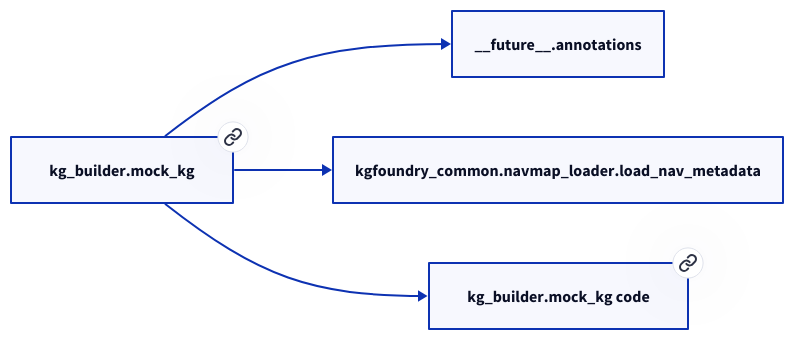
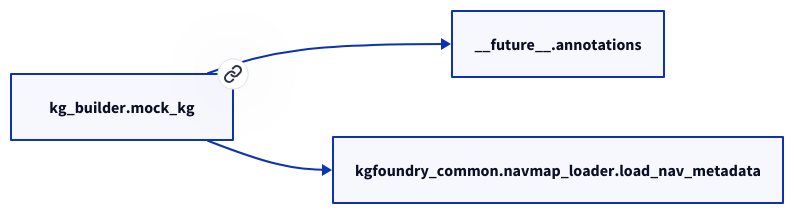
One commit to paul-heyse/kgforge changed the second of 2 diagrams in docs/modules/kg_builder/mock_kg.md. Above: the diagram before and after it, drawn with D2. The commit also changed other lines of this file and 118 other files, not shown here.

````diff
--- a/docs/modules/kg_builder/mock_kg.md
+++ b/docs/modules/kg_builder/mock_kg.md
@@ -34,10 +32,8 @@
 ```d2
 direction: right
-"kg_builder.mock_kg": "kg_builder.mock_kg" { link: "./kg_builder/mock_kg.md" }
+"kg_builder.mock_kg": "kg_builder.mock_kg" { link: "mock_kg.md" }
 "__future__.annotations": "__future__.annotations"
 "kg_builder.mock_kg" -> "__future__.annotations"
 "kgfoundry_common.navmap_loader.load_nav_metadata": "kgfoundry_common.navmap_loader.load_nav_metadata"
 "kg_builder.mock_kg" -> "kgfoundry_common.navmap_loader.load_nav_metadata"
-"kg_builder.mock_kg_code": "kg_builder.mock_kg code" { link: "https://github.com/kgfoundry/kgfoundry/blob/main/src/kg_builder/mock_kg.py" }
-"kg_builder.mock_kg" -> "kg_builder.mock_kg_code" { style: dashed }
 ```
````
